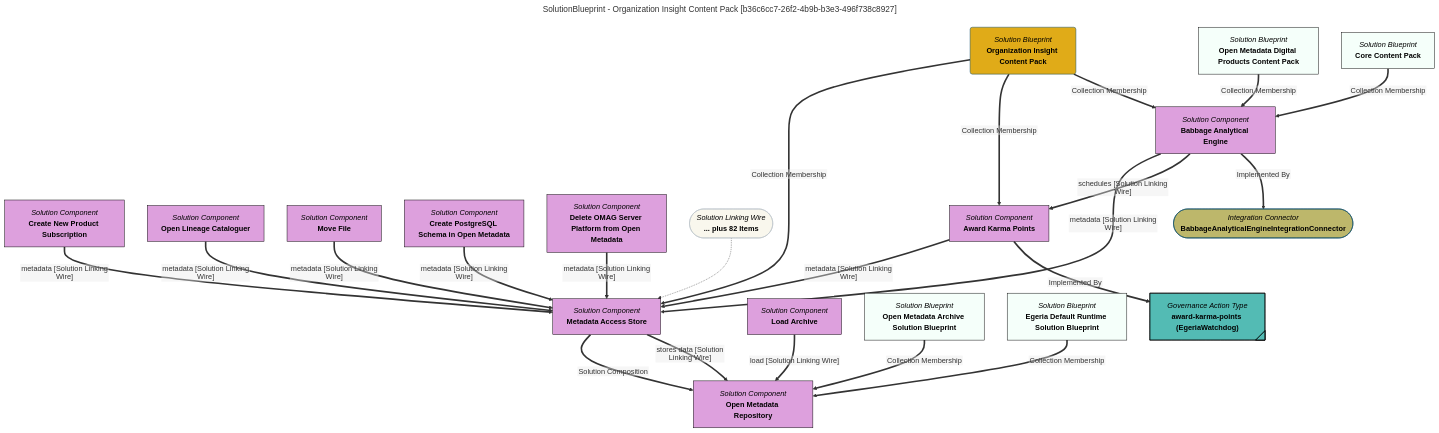
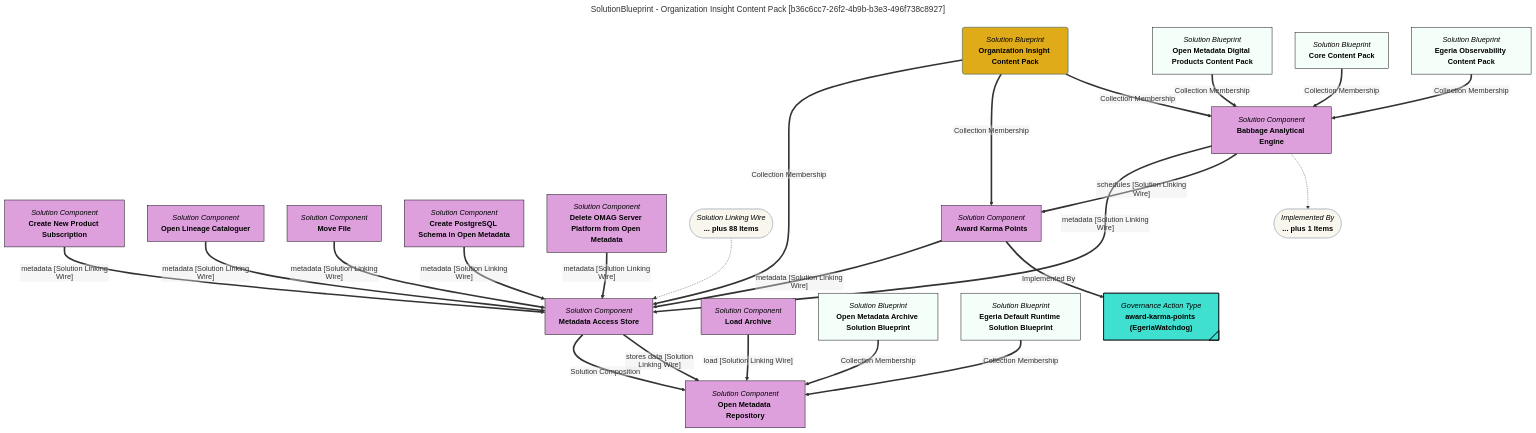
Before and after one commit to odpi/egeria-docs: the diagram in site/snippets/blueprints/content-packs/organization-insight-content-pack-mermaid-graph.md, drawn with Mermaid. The commit also changed 2201 other files, not shown here.

```diff
--- a/site/snippets/blueprints/content-packs/organization-insight-content-pack-mermaid-graph.md
+++ b/site/snippets/blueprints/content-packs/organization-insight-content-pack-mermaid-graph.md
@@ -42,7 +42,7 @@
 **Delete OMAG Server Platform from Open Metadata**"}
 12==>|"metadata [Solution Linking Wire]"|2
 13@{ shape: stadium, label: "*Solution Linking Wire*
-**... plus 82 Items**"}
+**... plus 88 Items**"}
 13-.->2
 14@{ shape: rect, label: "*Solution Component*
 **Award Karma Points**"}
@@ -59,27 +59,31 @@
 17@{ shape: rect, label: "*Solution Blueprint*
 **Core Content Pack**"}
 17==>|"Collection Membership"|10
-18@{ shape: stadium, label: "*Integration Connector*
-**BabbageAnalyticalEngineIntegrationConnector**"}
-10==>|"Implemented By"|18
-style 11 color:#000000, fill:#dda0dd, stroke:#000000
-style 12 color:#000000, fill:#dda0dd, stroke:#000000
+18@{ shape: rect, label: "*Solution Blueprint*
+**Egeria Observability Content Pack**"}
+18==>|"Collection Membership"|10
+19@{ shape: stadium, label: "*Implemented By*
+**... plus 1 Items**"}
+10-.->19
+style 11 color:#000000, fill:#DDA0DD, stroke:#000000
+style 12 color:#000000, fill:#DDA0DD, stroke:#000000
 style 13 color:#000000, fill:#F9F7ED, stroke:#b7c0c7
-style 14 color:#000000, fill:#dda0dd, stroke:#000000
-style 15 color:#000000, fill:#53bbb4, stroke:#000000
+style 14 color:#000000, fill:#DDA0DD, stroke:#000000
+style 15 color:#000000, fill:#40E0D0, stroke:#000000
 style 16 color:#000000, fill:#f5fffa, stroke:#000000
 style 17 color:#000000, fill:#f5fffa, stroke:#000000
-style 18 color:#000000, fill:#bdb76b, stroke:#004563
+style 18 color:#000000, fill:#f5fffa, stroke:#000000
+style 19 color:#000000, fill:#F9F7ED, stroke:#b7c0c7
 style 1 color:#000000, fill:#e0ab18, stroke:#004563
-style 2 color:#000000, fill:#dda0dd, stroke:#000000
-style 3 color:#000000, fill:#dda0dd, stroke:#000000
-style 4 color:#000000, fill:#dda0dd, stroke:#000000
+style 2 color:#000000, fill:#DDA0DD, stroke:#000000
+style 3 color:#000000, fill:#DDA0DD, stroke:#000000
+style 4 color:#000000, fill:#DDA0DD, stroke:#000000
 style 5 color:#000000, fill:#f5fffa, stroke:#000000
 style 6 color:#000000, fill:#f5fffa, stroke:#000000
-style 7 color:#000000, fill:#dda0dd, stroke:#000000
-style 8 color:#000000, fill:#dda0dd, stroke:#000000
-style 9 color:#000000, fill:#dda0dd, stroke:#000000
-style 10 color:#000000, fill:#dda0dd, stroke:#000000
+style 7 color:#000000, fill:#DDA0DD, stroke:#000000
+style 8 color:#000000, fill:#DDA0DD, stroke:#000000
+style 9 color:#000000, fill:#DDA0DD, stroke:#000000
+style 10 color:#000000, fill:#DDA0DD, stroke:#000000
 click 11 "https://egeria-project.org/concepts/governance-action-type/" "Click for more documentation" _blank
 click 12 "https://egeria-project.org/concepts/governance-action-type/" "Click for more documentation" _blank
 click 2 "https://egeria-project.org/concepts/metadata-access-store/" "Click for more documentation" _blank
```
